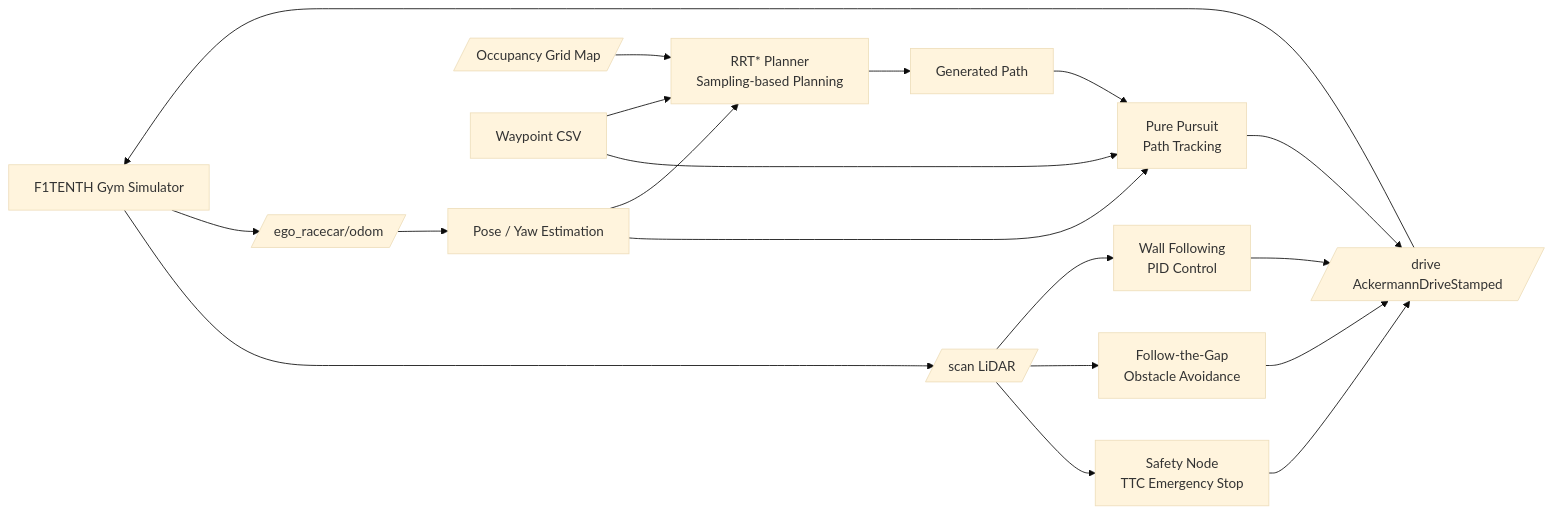
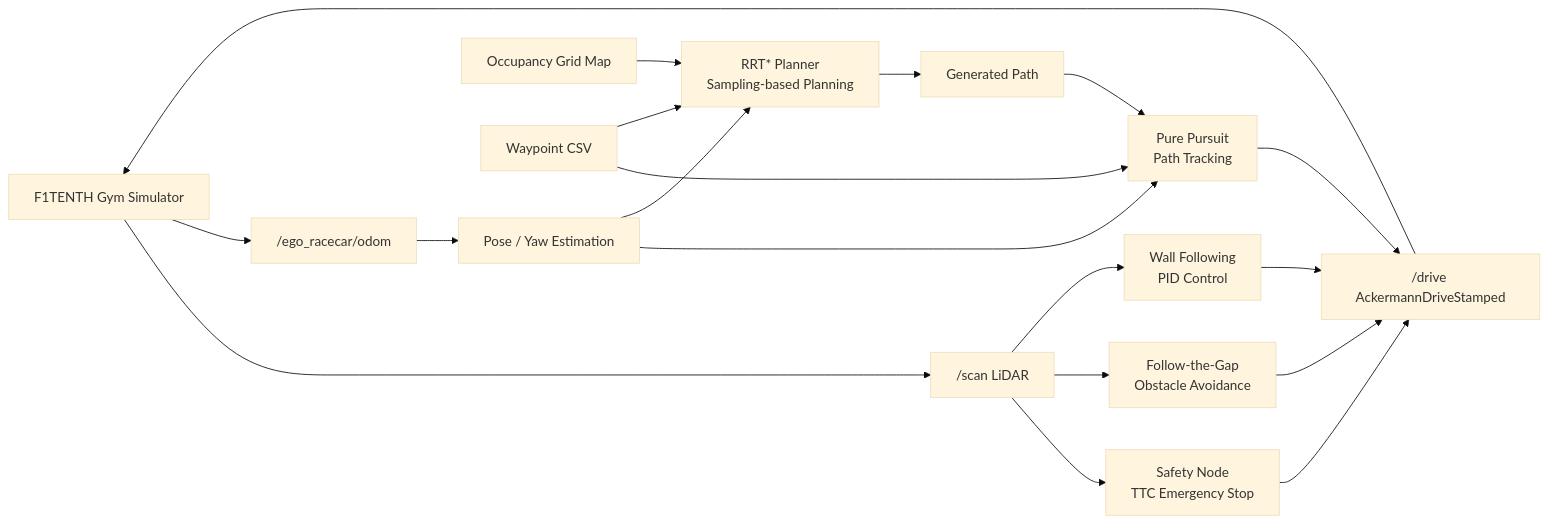
One commit to sungwung1201/F1TENTH-Autonomous-Driving changed the first of 5 diagrams in README.md. Above: the diagram before and after it, drawn with Mermaid (base theme). The commit also changed other lines of this file, not shown here.

````diff
--- a/README.md
+++ b/README.md
@@ -265,26 +265,26 @@
 ```mermaid
 flowchart LR
-    Sim[F1TENTH Gym Simulator] --> Scan[/scan LiDAR/]
-    Sim --> Odom[/ego_racecar/odom/]
+    Sim["F1TENTH Gym Simulator"] --> Scan["/scan LiDAR"]
+    Sim --> Odom["/ego_racecar/odom"]
 
-    Scan --> Safety[Safety Node<br/>TTC Emergency Stop]
-    Scan --> Gap[Follow-the-Gap<br/>Obstacle Avoidance]
-    Scan --> Wall[Wall Following<br/>PID Control]
+    Scan --> Safety["Safety Node<br/>TTC Emergency Stop"]
+    Scan --> Gap["Follow-the-Gap<br/>Obstacle Avoidance"]
+    Scan --> Wall["Wall Following<br/>PID Control"]
 
-    Odom --> Pose[Pose / Yaw Estimation]
-    Pose --> PP[Pure Pursuit<br/>Path Tracking]
-    Pose --> RRT[RRT* Planner<br/>Sampling-based Planning]
+    Odom --> Pose["Pose / Yaw Estimation"]
+    Pose --> PP["Pure Pursuit<br/>Path Tracking"]
+    Pose --> RRT["RRT* Planner<br/>Sampling-based Planning"]
 
-    Map[/Occupancy Grid Map/] --> RRT
-    Waypoint[Waypoint CSV] --> PP
+    Map["Occupancy Grid Map"] --> RRT
+    Waypoint["Waypoint CSV"] --> PP
     Waypoint --> RRT
 
-    Safety --> Drive[/drive AckermannDriveStamped/]
+    Safety --> Drive["/drive AckermannDriveStamped"]
     Gap --> Drive
     Wall --> Drive
-    RRT --> Path[Generated Path]
+    RRT --> Path["Generated Path"]
     Path --> PP
     PP --> Drive
 
     Drive --> Sim
 ```
````
